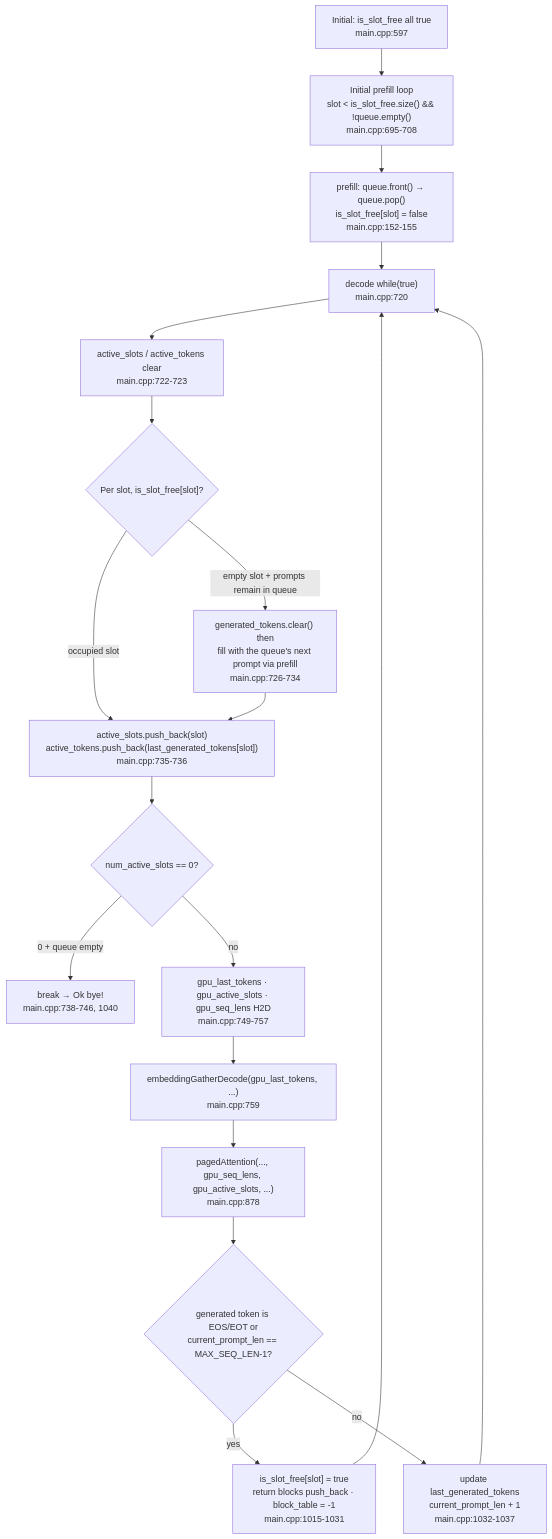
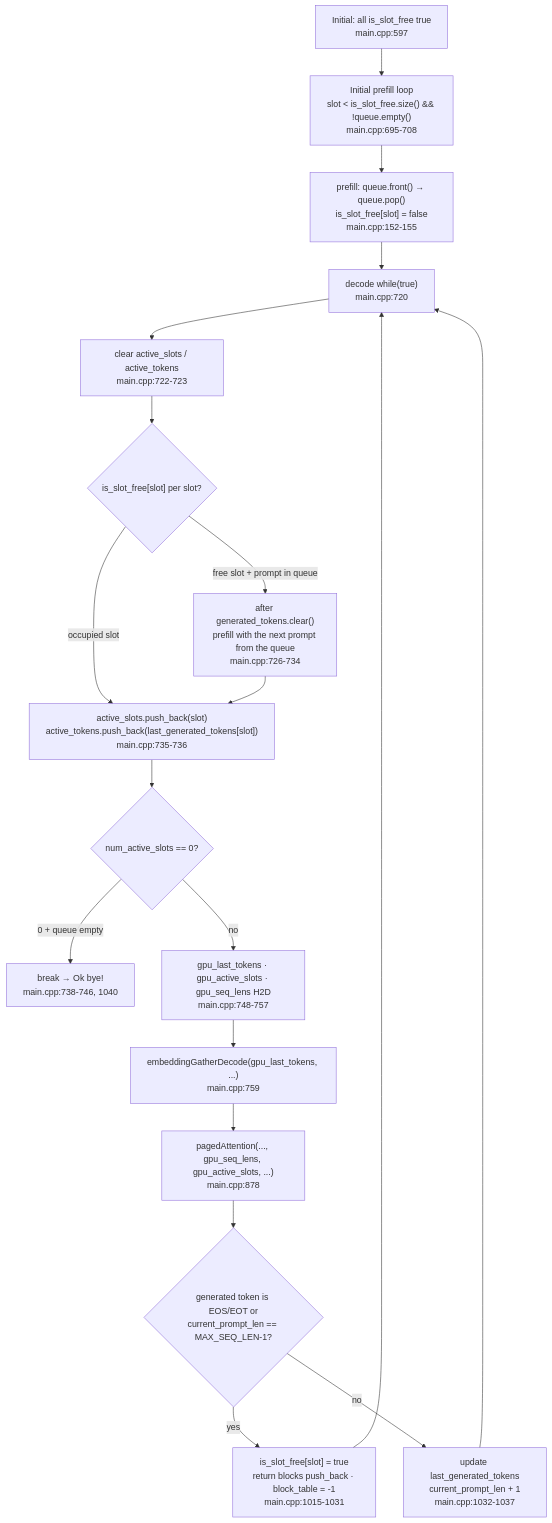
The diagram in data/code-series/jmaczan--tiny-vllm/articles/en-07.md (ryujaehun/ryujaehun.github.io), drawn with Mermaid before and after one commit. The commit also changed other lines of this file and 27 other files, not shown here.

````diff
--- a/data/code-series/jmaczan--tiny-vllm/articles/en-07.md
+++ b/data/code-series/jmaczan--tiny-vllm/articles/en-07.md
@@ -183,21 +187,21 @@
 ```mermaid
 flowchart TD
-    A["Initial: is_slot_free all true<br/>main.cpp:597"] --> B["Initial prefill loop<br/>slot < is_slot_free.size() && !queue.empty()<br/>main.cpp:695-708"]
+    A["Initial: all is_slot_free true<br/>main.cpp:597"] --> B["Initial prefill loop<br/>slot < is_slot_free.size() && !queue.empty()<br/>main.cpp:695-708"]
     B --> C["prefill: queue.front() → queue.pop()<br/>is_slot_free[slot] = false<br/>main.cpp:152-155"]
     C --> D["decode while(true)<br/>main.cpp:720"]
-    D --> E["active_slots / active_tokens clear<br/>main.cpp:722-723"]
-    E --> F{"Per slot, is_slot_free[slot]?"}
-    F -->|"empty slot + prompts remain in queue"| G["generated_tokens.clear() then<br/>fill with the queue's next prompt via prefill<br/>main.cpp:726-734"]
+    D --> E["clear active_slots / active_tokens<br/>main.cpp:722-723"]
+    E --> F{"is_slot_free[slot] per slot?"}
+    F -->|"free slot + prompt in queue"| G["after generated_tokens.clear()<br/>prefill with the next prompt from the queue<br/>main.cpp:726-734"]
     F -->|"occupied slot"| H["active_slots.push_back(slot)<br/>active_tokens.push_back(last_generated_tokens[slot])<br/>main.cpp:735-736"]
     G --> H
     H --> I{"num_active_slots == 0?"}
     I -->|"0 + queue empty"| Z["break → Ok bye!<br/>main.cpp:738-746, 1040"]
-    I -->|"no"| J["gpu_last_tokens · gpu_active_slots · gpu_seq_lens H2D<br/>main.cpp:749-757"]
+    I -->|"no"| J["gpu_last_tokens · gpu_active_slots · gpu_seq_lens H2D<br/>main.cpp:748-757"]
     J --> K["embeddingGatherDecode(gpu_last_tokens, ...)<br/>main.cpp:759"]
     K --> L["pagedAttention(..., gpu_seq_lens, gpu_active_slots, ...)<br/>main.cpp:878"]
     L --> M{"generated token is EOS/EOT or<br/>current_prompt_len == MAX_SEQ_LEN-1?"}
     M -->|"yes"| N["is_slot_free[slot] = true<br/>return blocks push_back · block_table = -1<br/>main.cpp:1015-1031"]
     M -->|"no"| O["update last_generated_tokens<br/>current_prompt_len + 1<br/>main.cpp:1032-1037"]
     N --> D
     O --> D
 ```
````
